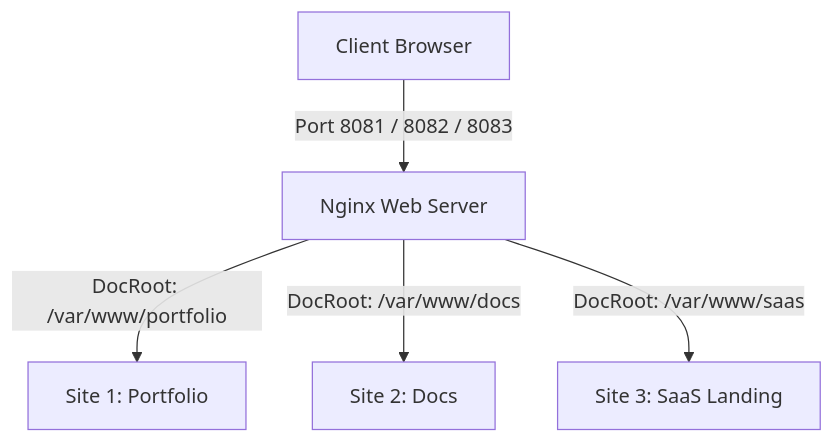
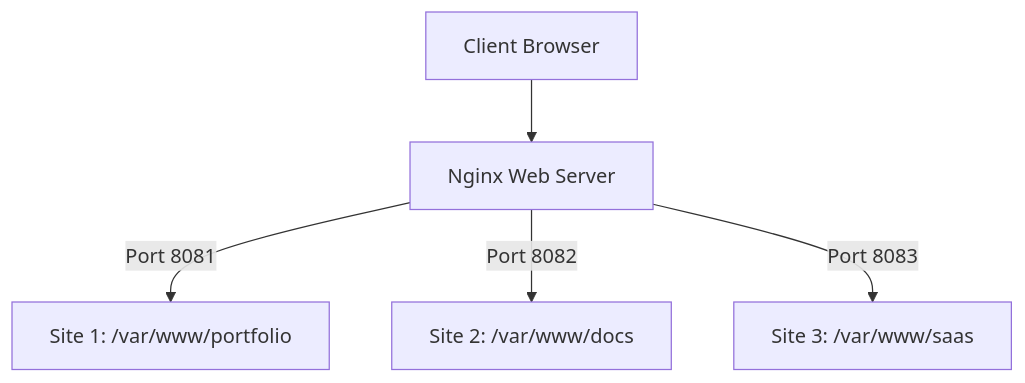
Before and after one commit to IT209-Devops-Fundamentals/homework: the first of 3 diagrams in practice_ss07/DEVOPS_EXAM_HANDBOOK.md, drawn with Mermaid. The commit also changed other lines of this file, not shown here.

````diff
--- a/practice_ss07/DEVOPS_EXAM_HANDBOOK.md
+++ b/practice_ss07/DEVOPS_EXAM_HANDBOOK.md
@@ -50,7 +50,7 @@
 ```mermaid
 flowchart TD
-    Client["Client Browser"] -->|Port 8081 / 8082 / 8083| Nginx["Nginx Web Server"]
-    Nginx -->|DocRoot: /var/www/portfolio| Site1["Site 1: Portfolio"]
-    Nginx -->|DocRoot: /var/www/docs| Site2["Site 2: Docs"]
-    Nginx -->|DocRoot: /var/www/saas| Site3["Site 3: SaaS Landing"]
+    Client["Client Browser"] --> Nginx["Nginx Web Server"]
+    Nginx -->|Port 8081| Site1["Site 1: /var/www/portfolio"]
+    Nginx -->|Port 8082| Site2["Site 2: /var/www/docs"]
+    Nginx -->|Port 8083| Site3["Site 3: /var/www/saas"]
 ```
````
